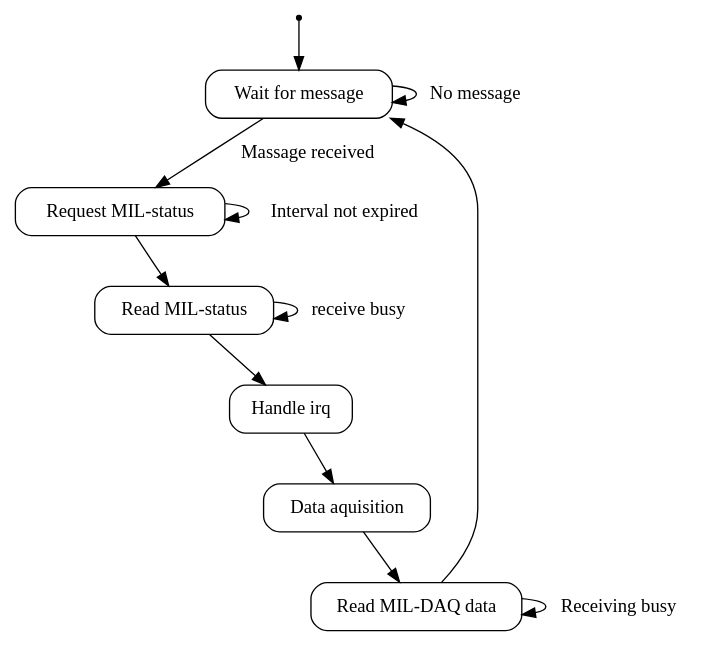
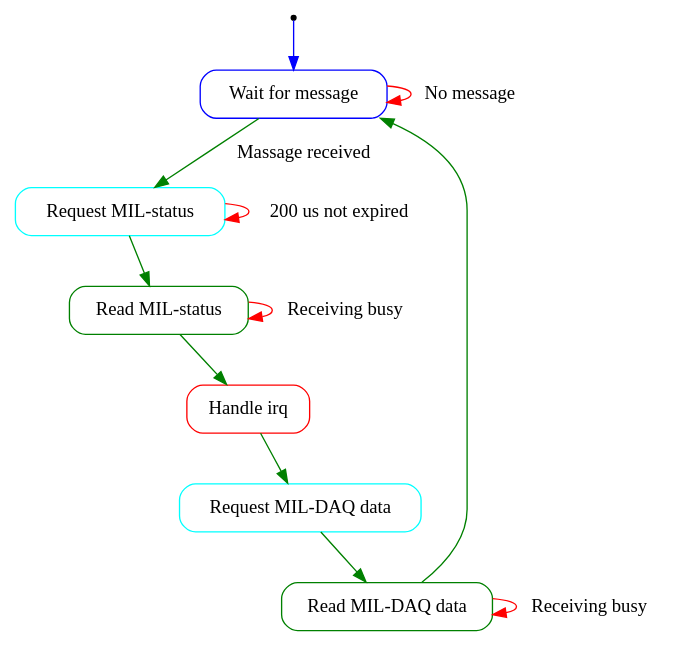
The diagram in top/gsi_scu/scu_main.gv (GSI-CS-CO/bel_projects), drawn with Graphviz before and after one commit. The commit also changed 1 other file, not shown here.

```diff
--- a/top/gsi_scu/scu_main.gv
+++ b/top/gsi_scu/scu_main.gv
@@ -1,21 +1,21 @@
 digraph "generated by DocFsm" {
 	node [shape = Mrecord];
-	ST_WAIT_0 [label = "Wait for message"];
-	ST_PREPARE_0 [label = "Request MIL-status"];
-	ST_FETCH_STATUS_0 [label = "Read MIL-status"];
-	ST_HANDLE_IRQS_0 [label = "Handle irq"];
-	ST_DATA_AQUISITION_0 [label = "Data aquisition"];
-	ST_FETCH_DATA_0 [label = "Read MIL-DAQ data"];
+	ST_WAIT_0 [label = "Wait for message", color = blue];
+	ST_PREPARE_0 [label = "Request MIL-status", color = cyan];
+	ST_FETCH_STATUS_0 [label = "Read MIL-status", color = green];
+	ST_HANDLE_IRQS_0 [label = "Handle irq", color = red];
+	ST_DATA_AQUISITION_0 [label = "Request MIL-DAQ data", color = cyan];
+	ST_FETCH_DATA_0 [label = "Read MIL-DAQ data", color = green];
 	entry0_0 [shape = point, label = "entry0"];
-	ST_WAIT_0 -> ST_WAIT_0 [label = "No message"];
-	ST_WAIT_0 -> ST_PREPARE_0 [label = "Massage received"];
-	ST_PREPARE_0 -> ST_PREPARE_0 [label = "Interval not expired"];
-	ST_PREPARE_0 -> ST_FETCH_STATUS_0;
-	ST_FETCH_STATUS_0 -> ST_FETCH_STATUS_0 [label = "receive busy"];
-	ST_FETCH_STATUS_0 -> ST_HANDLE_IRQS_0;
-	ST_HANDLE_IRQS_0 -> ST_DATA_AQUISITION_0;
-	ST_DATA_AQUISITION_0 -> ST_FETCH_DATA_0;
-	ST_FETCH_DATA_0 -> ST_FETCH_DATA_0 [label = "Receiving busy"];
-	ST_FETCH_DATA_0 -> ST_WAIT_0;
-	entry0_0 -> ST_WAIT_0;
+	ST_WAIT_0 -> ST_WAIT_0 [label = "No message", color = red];
+	ST_WAIT_0 -> ST_PREPARE_0 [label = "Massage received", color = green];
+	ST_PREPARE_0 -> ST_PREPARE_0 [label = "200 us not expired", color = red];
+	ST_PREPARE_0 -> ST_FETCH_STATUS_0 [color = green];
+	ST_FETCH_STATUS_0 -> ST_FETCH_STATUS_0 [label = "Receiving busy", color = red];
+	ST_FETCH_STATUS_0 -> ST_HANDLE_IRQS_0 [color = green];
+	ST_HANDLE_IRQS_0 -> ST_DATA_AQUISITION_0 [color = green];
+	ST_DATA_AQUISITION_0 -> ST_FETCH_DATA_0 [color = green];
+	ST_FETCH_DATA_0 -> ST_FETCH_DATA_0 [label = "Receiving busy", color = red];
+	ST_FETCH_DATA_0 -> ST_WAIT_0 [color = green];
+	entry0_0 -> ST_WAIT_0 [color = blue];
 }
```
